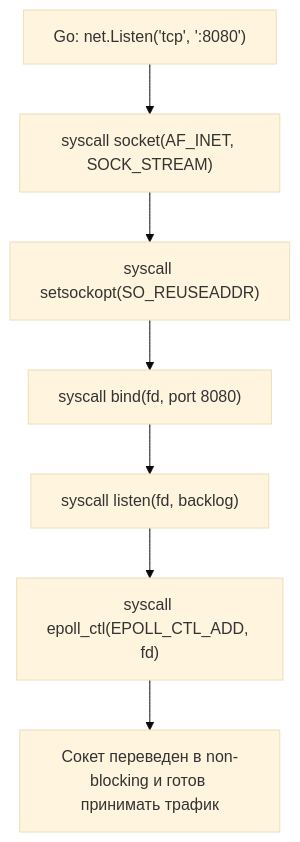
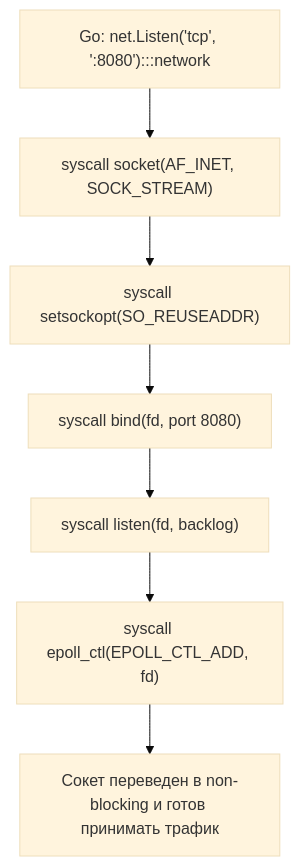
The third of 3 diagrams in sources/3. Компьютерные сети и сетевой стек/2. Модели OSI и TCP IP. Как данные проходят путь от приложения до провода.md (UnrealTemplier/go-textbook), drawn with Mermaid (base theme) before and after one commit. The commit also changed other lines of this file and 1666 other files, not shown here.

First line of the commit message:
feat(mermaid): add semantic color classDef to 1369 colorless flowchart/graph diagrams

````diff
--- a/sources/3. Компьютерные сети и сетевой стек/2. Модели OSI и TCP IP. Как данные проходят путь от приложения до провода.md
+++ b/sources/3. Компьютерные сети и сетевой стек/2. Модели OSI и TCP IP. Как данные проходят путь от приложения до провода.md
@@ -184,9 +204,19 @@
 ```mermaid
 flowchart TD
-    GoListen["Go: net.Listen('tcp', ':8080')"] --> SysSocket["syscall socket(AF_INET, SOCK_STREAM)"]
+    classDef process  fill:#1e293b,stroke:#38bdf8,stroke-width:1px,color:#f8fafc
+    classDef success  fill:#064e3b,stroke:#34d399,stroke-width:1px,color:#f8fafc
+    classDef error    fill:#7f1d1d,stroke:#f87171,stroke-width:1px,color:#f8fafc
+    classDef warning  fill:#78350f,stroke:#fbbf24,stroke-width:1px,color:#f8fafc
+    classDef entry    fill:#1e3a5f,stroke:#38bdf8,stroke-width:2px,color:#f8fafc
+    classDef aux      fill:#334155,stroke:#64748b,stroke-width:1px,color:#f8fafc
+    classDef system   fill:#312e81,stroke:#a78bfa,stroke-width:1px,color:#f8fafc
+    classDef data     fill:#132d29,stroke:#2dd4bf,stroke-width:1px,color:#f8fafc
+    classDef network  fill:#881337,stroke:#fb7185,stroke-width:1px,color:#f8fafc
+    classDef accent   fill:#1e1b4b,stroke:#818cf8,stroke-width:1px,color:#f8fafc
+    GoListen["Go: net.Listen('tcp', ':8080'):::network"] --> SysSocket["syscall socket(AF_INET, SOCK_STREAM)"]
     SysSocket --> SysSockOpt["syscall setsockopt(SO_REUSEADDR)"]
     SysSockOpt --> SysBind["syscall bind(fd, port 8080)"]
     SysBind --> SysListen["syscall listen(fd, backlog)"]
     SysListen --> SysEpoll["syscall epoll_ctl(EPOLL_CTL_ADD, fd)"]
     SysEpoll --> ReadyForClients["Сокет переведен в non-blocking и готов принимать трафик"]
 ```
````
